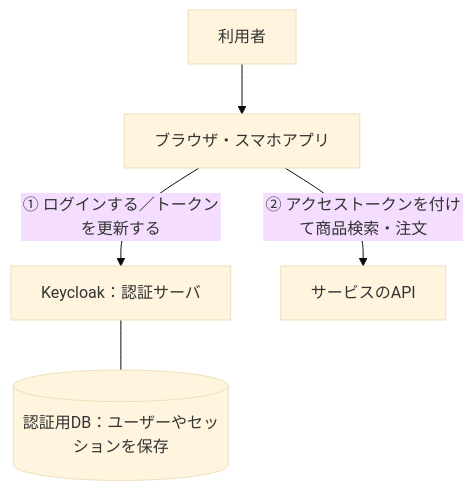
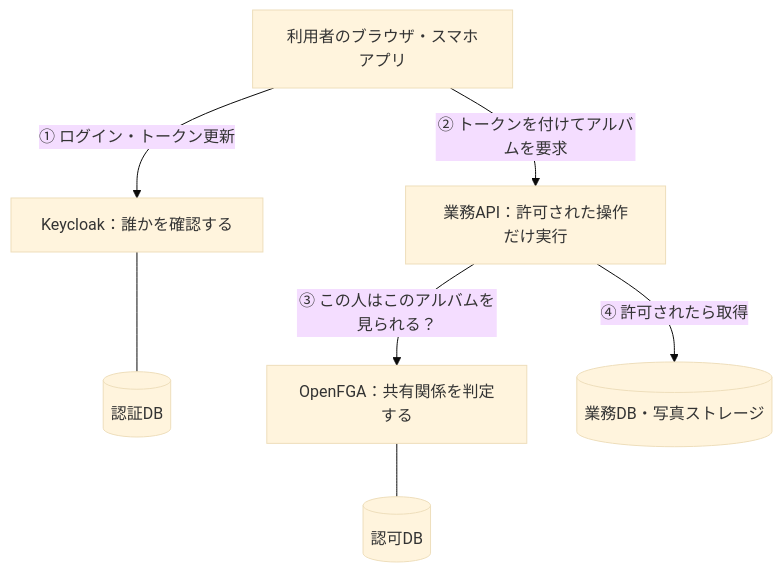
The first of 7 diagrams in article/qiita.md (higuuu/oidc-load-lab), drawn with Mermaid (base theme) before and after one commit. The commit also changed other lines of this file and 6 other files, not shown here.

Commit message:
Reframe article around OSS authentication and authorization architecture across clouds

````diff
--- a/article/qiita.md
+++ b/article/qiita.md
@@ -17,7 +25,10 @@
 ```mermaid
 flowchart TB
-    U["利用者"] --> APP["ブラウザ・スマホアプリ"]
-    APP -->|"① ログインする／トークンを更新する"| KC["Keycloak：認証サーバ"]
-    APP -->|"② アクセストークンを付けて商品検索・注文"| API["サービスのAPI"]
-    KC --- DB[("認証用DB：ユーザーやセッションを保存")]
+    APP["利用者のブラウザ・スマホアプリ"]
+    APP -->|"① ログイン・トークン更新"| KC["Keycloak：誰かを確認する"]
+    APP -->|"② トークンを付けてアルバムを要求"| API["業務API：許可された操作だけ実行"]
+    API -->|"③ この人はこのアルバムを見られる？"| FGA["OpenFGA：共有関係を判定する"]
+    KC --- KDB[("認証DB")]
+    FGA --- FDB[("認可DB")]
+    API -->|"④ 許可されたら取得"| ADB[("業務DB・写真ストレージ")]
 ```
````
